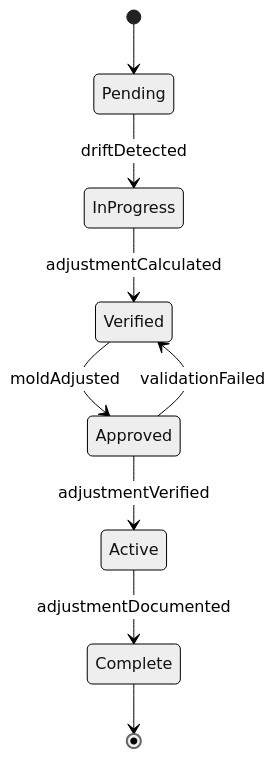
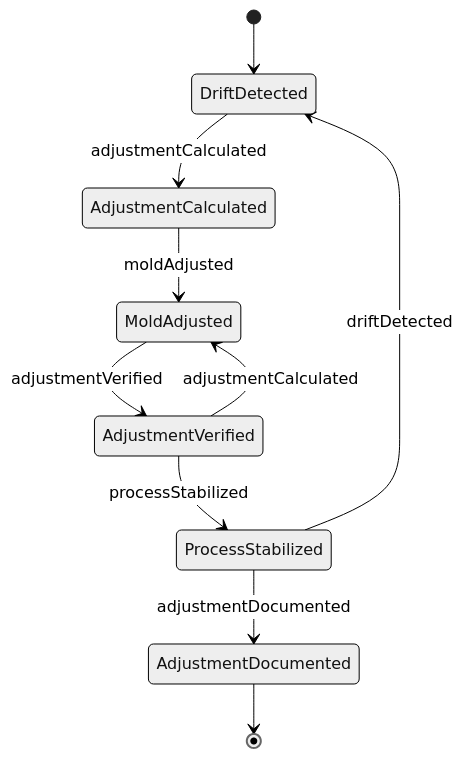
The second of 4 diagrams in HandlingAndMovingObjects/PositionToolsOrEquipment/AdjustPositionMoldsDuringProcessing.mdx (dot-org-ai/tasks.org.ai), drawn with Mermaid (neutral theme) before and after one commit. The commit also changed other lines of this file and 515 other files, not shown here.

````diff
--- a/HandlingAndMovingObjects/PositionToolsOrEquipment/AdjustPositionMoldsDuringProcessing.mdx
+++ b/HandlingAndMovingObjects/PositionToolsOrEquipment/AdjustPositionMoldsDuringProcessing.mdx
@@ -99,11 +99,12 @@
 ```mermaid
 stateDiagram-v2
-    [*] --> Pending
-    Pending --> InProgress : driftDetected
-    InProgress --> Verified : adjustmentCalculated
-    Verified --> Approved : moldAdjusted
-    Approved --> Active : adjustmentVerified
-    Active --> Complete : adjustmentDocumented
-    Approved --> Verified : validationFailed
-    Complete --> [*]
+    [*] --> DriftDetected
+    DriftDetected --> AdjustmentCalculated : adjustmentCalculated
+    AdjustmentCalculated --> MoldAdjusted : moldAdjusted
+    MoldAdjusted --> AdjustmentVerified : adjustmentVerified
+    AdjustmentVerified --> MoldAdjusted : adjustmentCalculated
+    AdjustmentVerified --> ProcessStabilized : processStabilized
+    ProcessStabilized --> DriftDetected : driftDetected
+    ProcessStabilized --> AdjustmentDocumented : adjustmentDocumented
+    AdjustmentDocumented --> [*]
 ```
````
